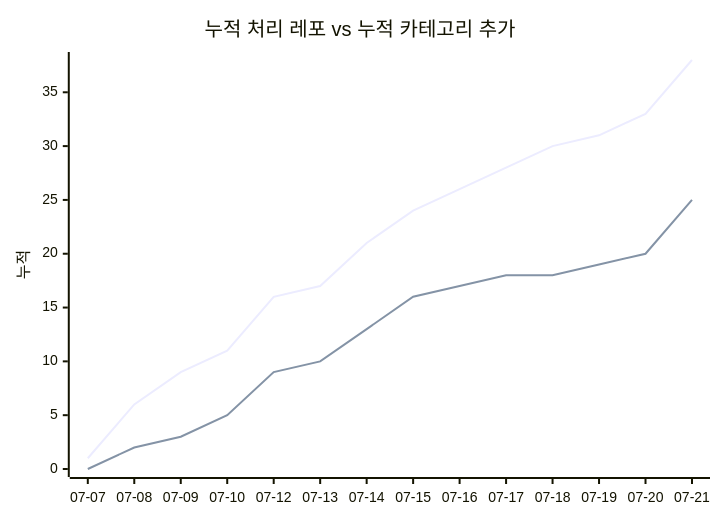
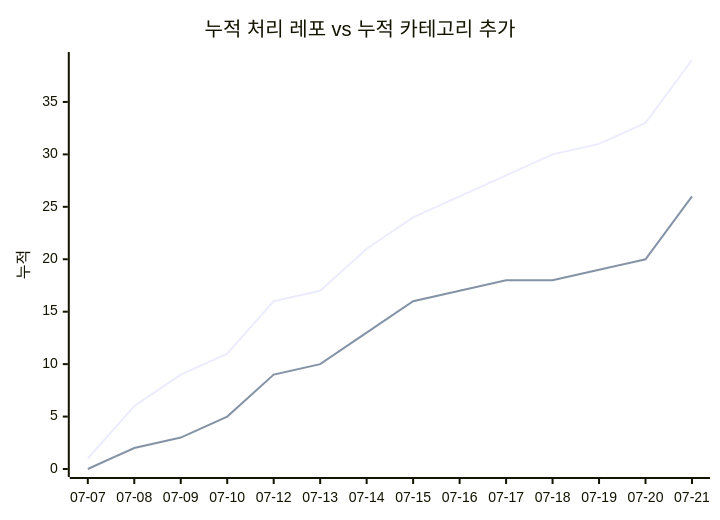
Before and after one commit to J-nowcow/awesome-korean-agent-skills: the second of 2 diagrams in docs/trends.md, drawn with Mermaid. The commit also changed other lines of this file and 3 other files, not shown here.

````diff
--- a/docs/trends.md
+++ b/docs/trends.md
@@ -68,8 +68,8 @@
 ```mermaid
 xychart-beta
     title "누적 처리 레포 vs 누적 카테고리 추가"
     x-axis ["07-07","07-08","07-09","07-10","07-12","07-13","07-14","07-15","07-16","07-17","07-18","07-19","07-20","07-21"]
     y-axis "누적"
-    line [1,6,9,11,16,17,21,24,26,28,30,31,33,38]
-    line [0,2,3,5,9,10,13,16,17,18,18,19,20,25]
+    line [1,6,9,11,16,17,21,24,26,28,30,31,33,39]
+    line [0,2,3,5,9,10,13,16,17,18,18,19,20,26]
 ```
````
